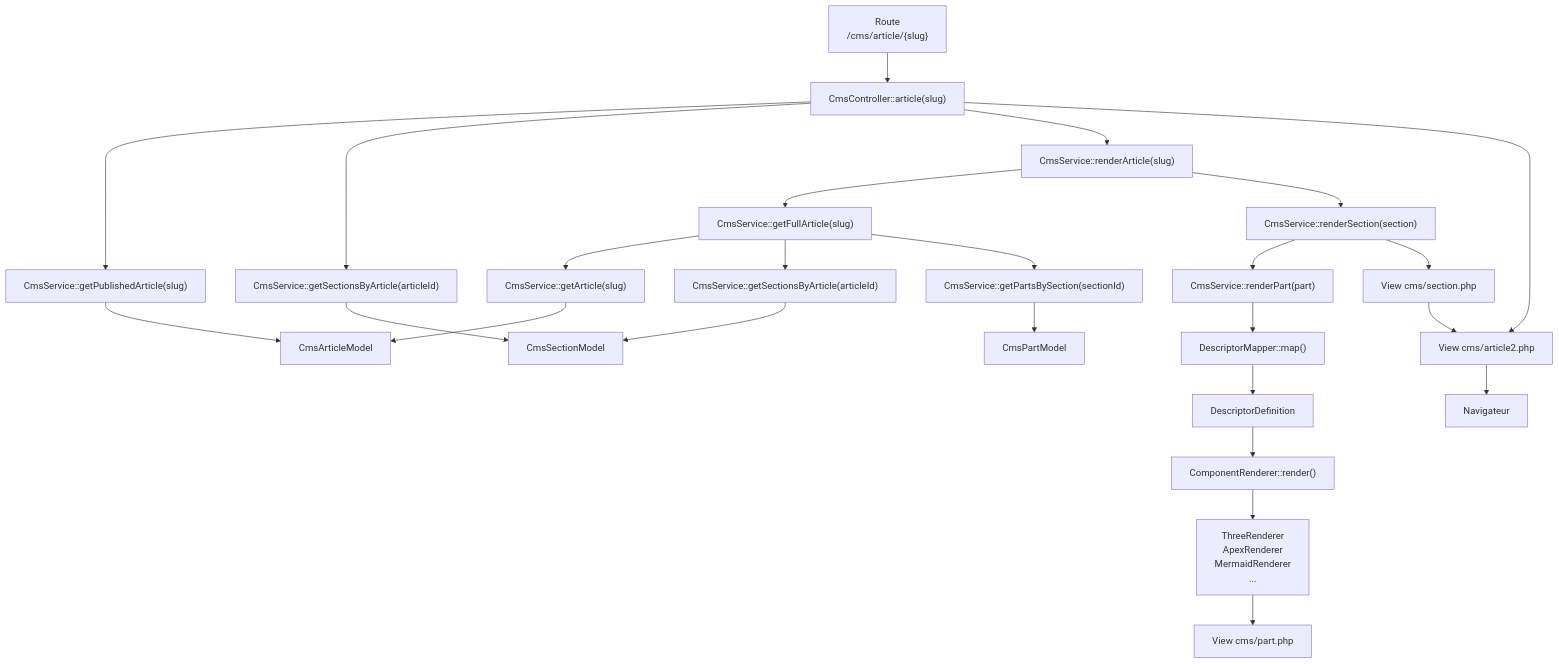
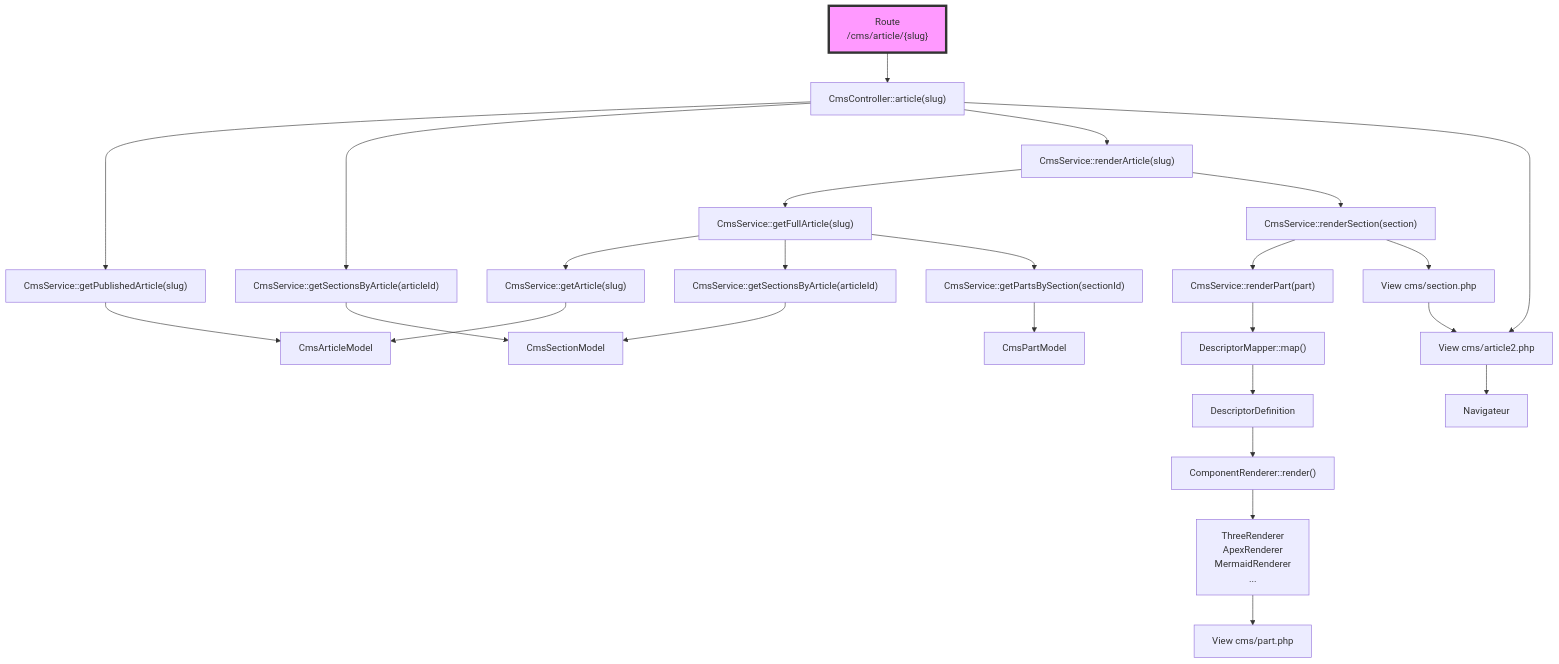
One commit to arbph-dev/codeIgniter-appCms changed the diagram in project/daily/2026-07-29.md. Above: the diagram before and after it, drawn with Mermaid.

Commit message:
Modify flowchart styling in 2026-07-29.md
Updated the styling of the flowchart in the daily log.

````diff
--- a/project/daily/2026-07-29.md
+++ b/project/daily/2026-07-29.md
@@ -46,56 +46,56 @@
 ```mermaid
 flowchart TD
 
     A["Route<br/>/cms/article/{slug}"]
-
+    style A fill:#f9f,stroke:#333,stroke-width:4px
     A --> B["CmsController::article(slug)"]
 
 %% ----------------------------------------------------
 
     B --> C["CmsService::getPublishedArticle(slug)"]
     C --> D["CmsArticleModel"]
 
     B --> E["CmsService::getSectionsByArticle(articleId)"]
     E --> F["CmsSectionModel"]
 
 %% ----------------------------------------------------
 
     B --> G["CmsService::renderArticle(slug)"]
 
     G --> H["CmsService::getFullArticle(slug)"]
 
     H --> I["CmsService::getArticle(slug)"]
     I --> D
 
     H --> J["CmsService::getSectionsByArticle(articleId)"]
     J --> F
 
     H --> K["CmsService::getPartsBySection(sectionId)"]
     K --> L["CmsPartModel"]
 
 %% ----------------------------------------------------
 
     G --> M["CmsService::renderSection(section)"]
 
     M --> N["CmsService::renderPart(part)"]
 
     N --> O["DescriptorMapper::map()"]
 
     O --> P["DescriptorDefinition"]
 
     P --> Q["ComponentRenderer::render()"]
 
     Q --> R["ThreeRenderer<br/>ApexRenderer<br/>MermaidRenderer<br/>..."]
 
     R --> S["View cms/part.php"]
 
     M --> T["View cms/section.php"]
 
 %% ----------------------------------------------------
 
     B --> U["View cms/article2.php"]
 
     T --> U
 
     U --> V["Navigateur"]
 ```
````
